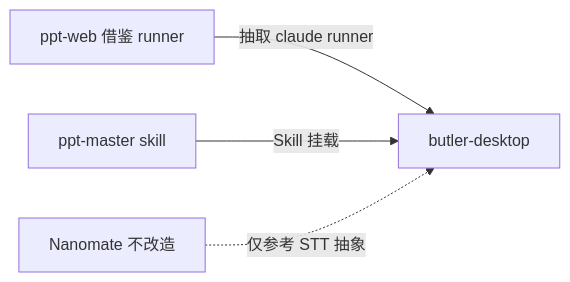
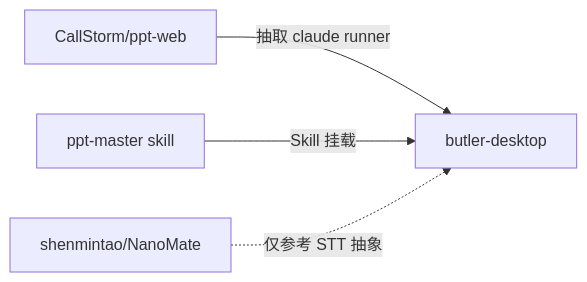
The fifth of 5 diagrams in README.md (CallStorm/butler-desktop), drawn with Mermaid before and after one commit. The commit also changed other lines of this file, not shown here.

Commit message:
docs: reference ppt-web and NanoMate from GitHub instead of local paths

````diff
--- a/README.md
+++ b/README.md
@@ -242,11 +242,11 @@
 ```mermaid
 flowchart LR
   BD["butler-desktop"]
-  PW["ppt-web 借鉴 runner"]
+  PW["CallStorm/ppt-web"]
   PM["ppt-master skill"]
-  NM["Nanomate 不改造"]
+  NM["shenmintao/NanoMate"]
 
   PW -->|抽取 claude runner| BD
   PM -->|Skill 挂载| BD
   NM -.->|仅参考 STT 抽象| BD
 ```
````
